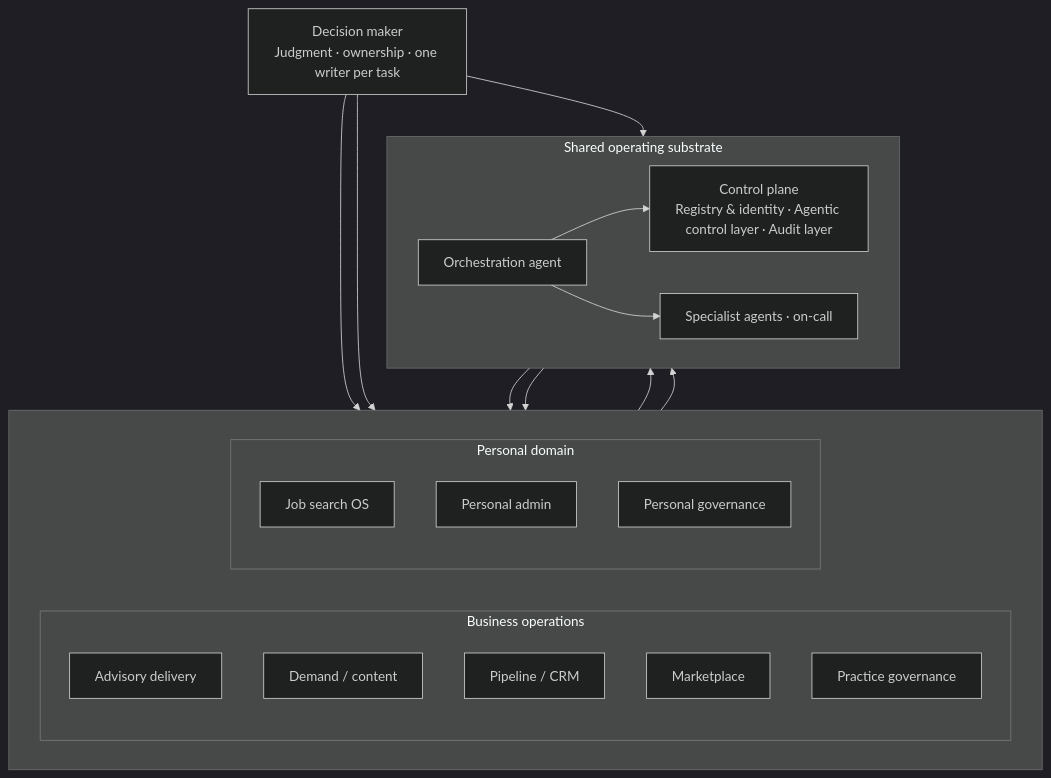
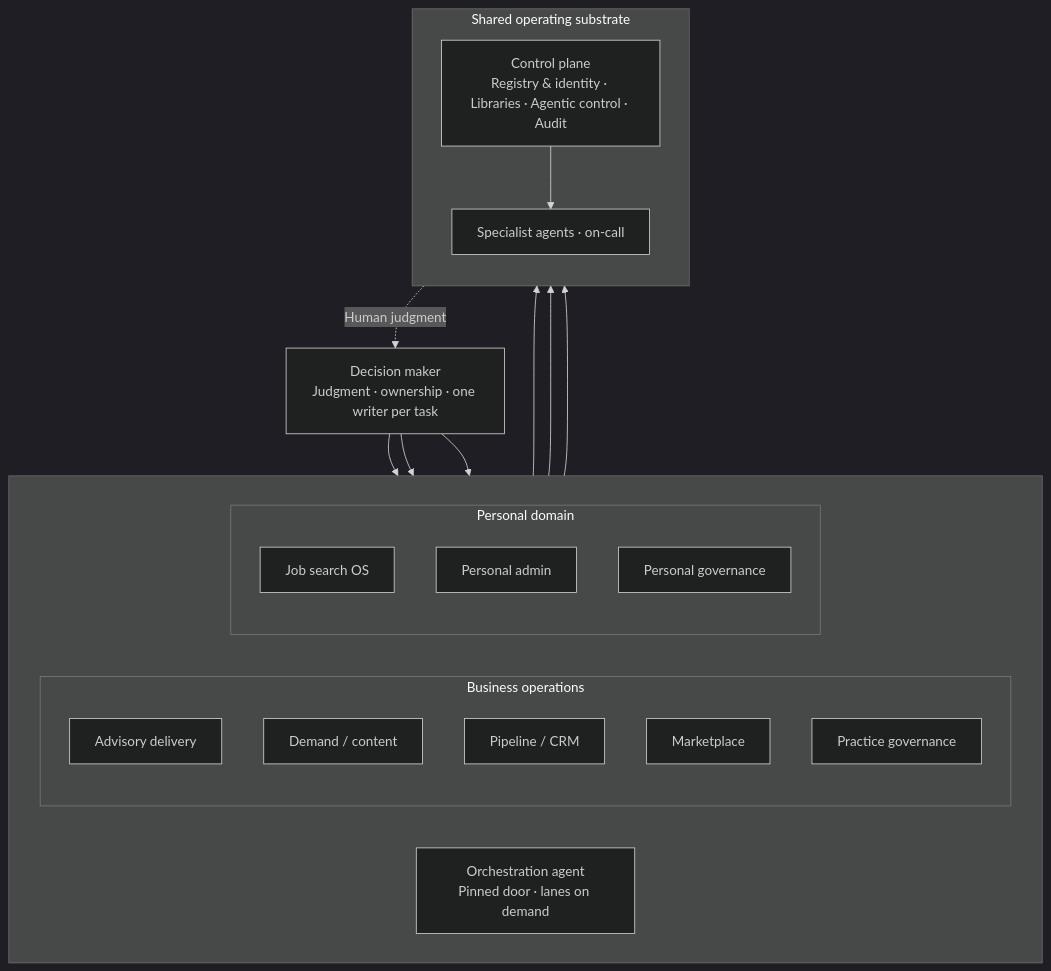
Before and after one commit to clintonpracher/operator-portfolio: the diagram in docs/assets/architecture-one-glance.mmd, drawn with Mermaid (dark theme). The commit also changed 35 other files, not shown here.

```diff
--- a/docs/assets/architecture-one-glance.mmd
+++ b/docs/assets/architecture-one-glance.mmd
@@ -1,37 +1,39 @@
 flowchart TB
   DM["Decision maker<br/>Judgment · ownership · one writer per task"]
 
   subgraph PILLARS[" "]
     direction LR
 
     subgraph BIZ["Business operations"]
+      direction TB
       B1["Advisory delivery"]
       B2["Demand / content"]
       B3["Pipeline / CRM"]
       B4["Marketplace"]
       B5["Practice governance"]
     end
 
+    ORCH["Orchestration agent<br/>Pinned door · lanes on demand"]
+
     subgraph PER["Personal domain"]
+      direction TB
       P1["Job search OS"]
       P2["Personal admin"]
       P3["Personal governance"]
     end
   end
 
   subgraph SHARED["Shared operating substrate"]
-    direction LR
-    ORCH["Orchestration agent"]
-    PLANE["Control plane<br/>Registry & identity · Agentic control layer · Audit layer"]
+    direction TB
+    PLANE["Control plane<br/>Registry & identity · Libraries · Agentic control · Audit"]
     SPEC["Specialist agents · on-call"]
   end
 
   DM --> BIZ
+  DM --> ORCH
   DM --> PER
-  DM --> ORCH
+  BIZ --> PLANE
   ORCH --> PLANE
-  ORCH --> SPEC
-  BIZ --> PLANE
   PER --> PLANE
-  SPEC --> BIZ
-  SPEC --> PER
+  PLANE --> SPEC
+  SPEC -.->|"Human judgment"| DM
```
